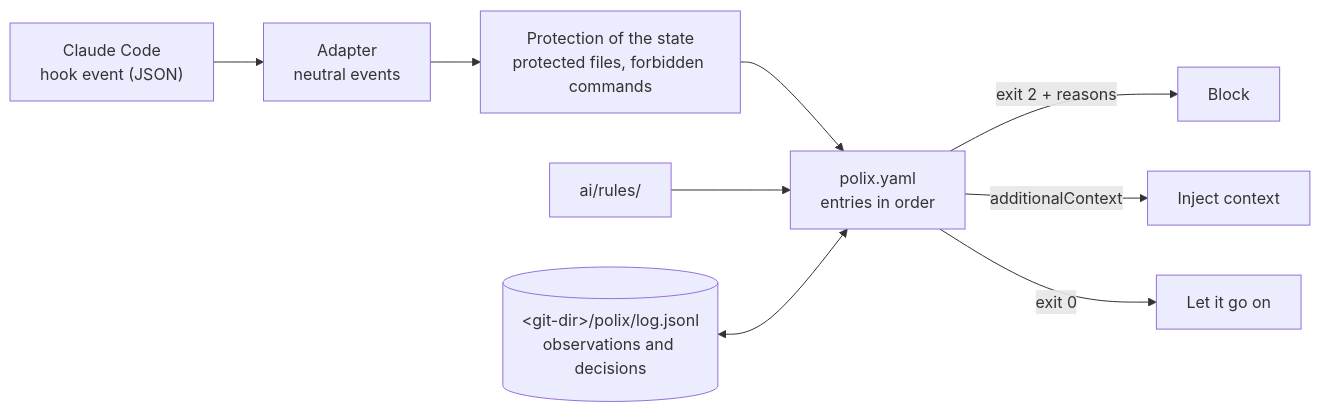
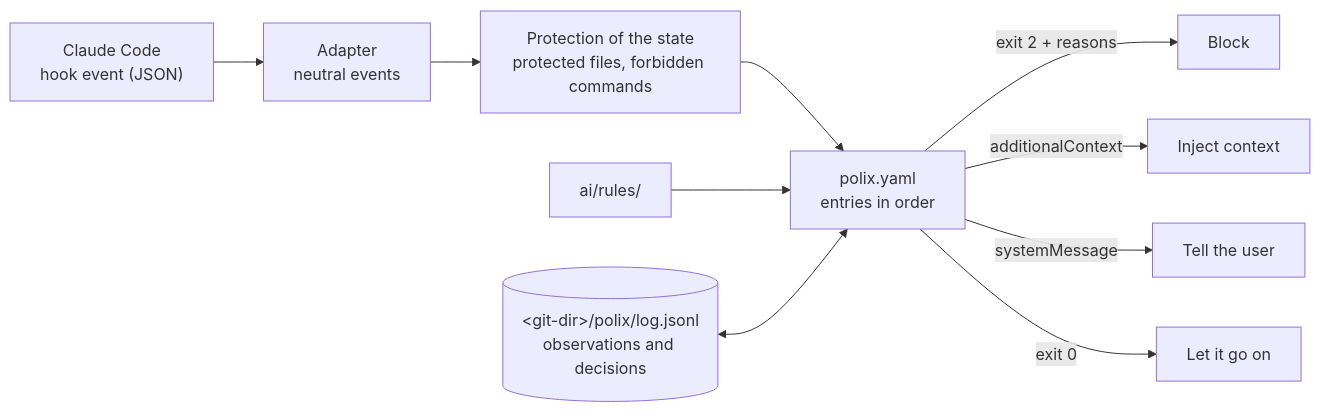
Before and after one commit to mlophez/polix-ai: the diagram in README.md, drawn with Mermaid. The commit also changed other lines of this file and 70 other files, not shown here.

````diff
--- a/README.md
+++ b/README.md
@@ -274,11 +275,12 @@
 ```mermaid
 flowchart LR
   A["Claude Code<br/>hook event (JSON)"] --> B["Adapter<br/>neutral events"]
   B --> C["Protection of the state<br/>protected files, forbidden commands"]
   C --> D["polix.yaml<br/>entries in order"]
   R["ai/rules/"] --> D
   S[("&lt;git-dir&gt;/polix/log.jsonl<br/>observations and decisions")] <--> D
   D -->|exit 2 + reasons| X["Block"]
   D -->|additionalContext| Y["Inject context"]
+  D -->|systemMessage| N["Tell the user"]
   D -->|exit 0| Z["Let it go on"]
 ```
````
